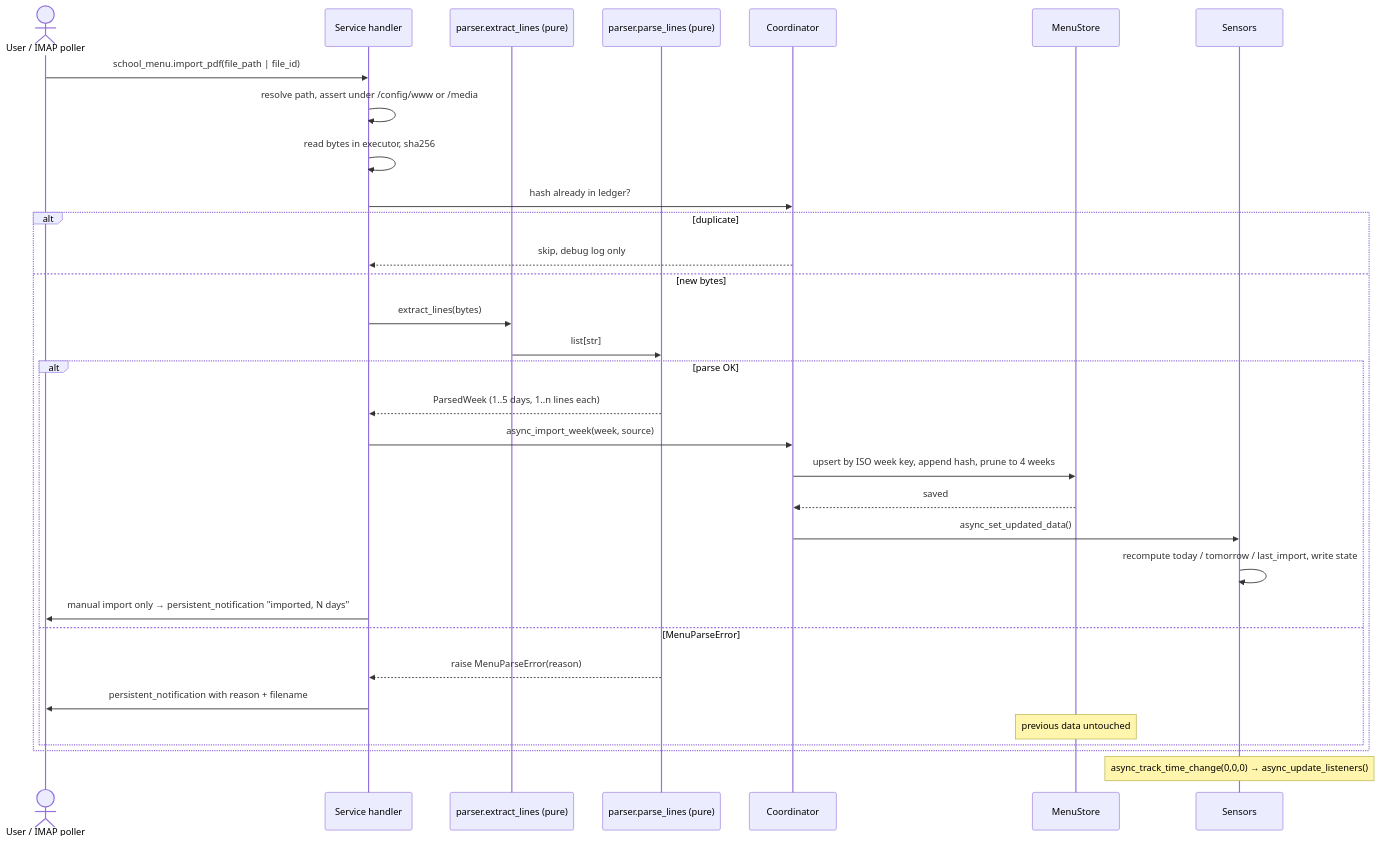
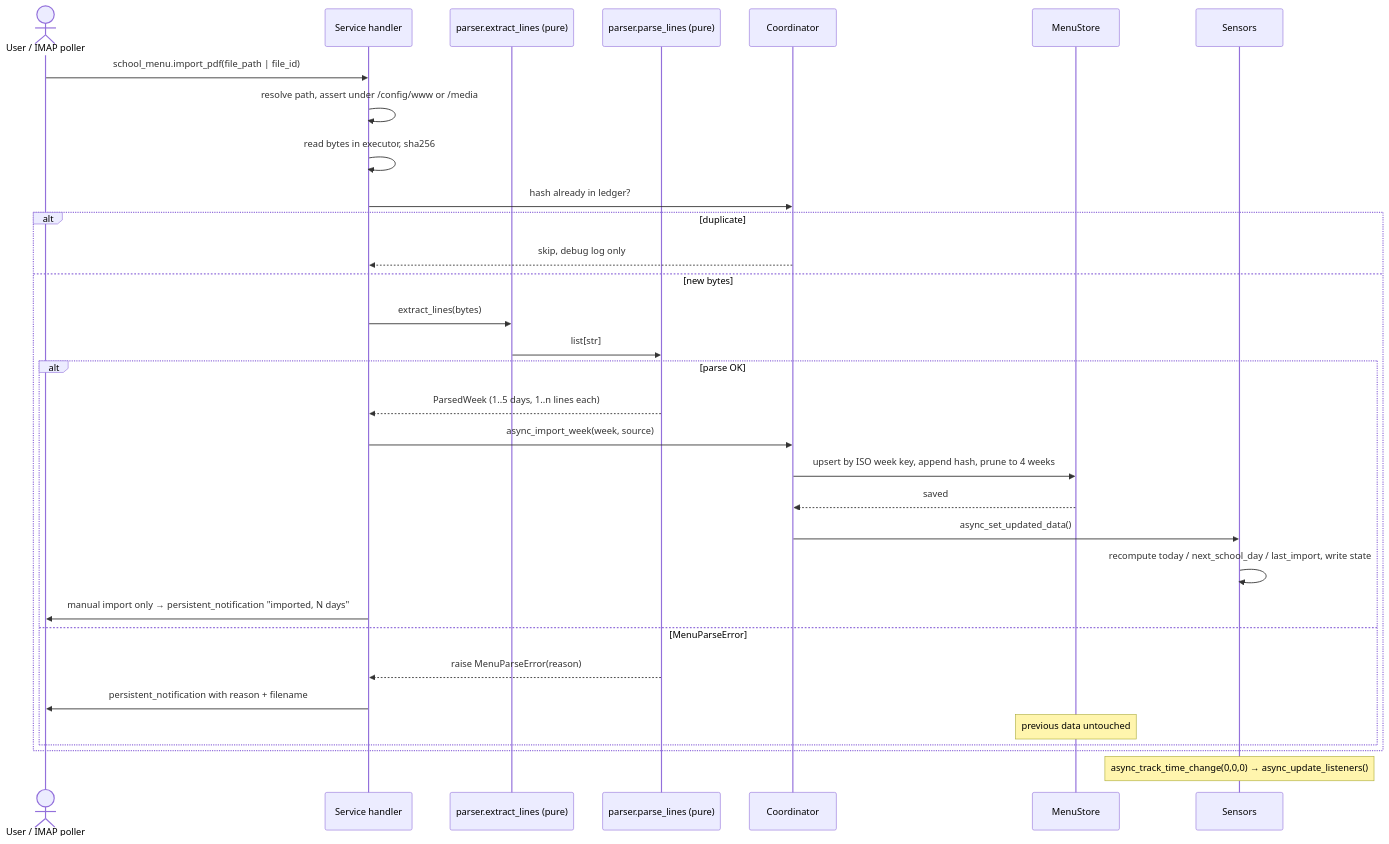
Before and after one commit to helmerj/HA-Speiseplan: the second of 2 diagrams in docs/0002-design.md, drawn with Mermaid. The commit also changed other lines of this file and 12 other files, not shown here.

First line of the commit message:
Rename sensor.school_menu_tomorrow to sensor.school_menu_next_school_day

````diff
--- a/docs/0002-design.md
+++ b/docs/0002-design.md
@@ -93,36 +93,36 @@
 ```mermaid
 sequenceDiagram
     actor U as User / IMAP poller
     participant SV as Service handler
     participant EX as parser.extract_lines (pure)
     participant PA as parser.parse_lines (pure)
     participant CO as Coordinator
     participant ST as MenuStore
     participant SE as Sensors
 
     U->>SV: school_menu.import_pdf(file_path | file_id)
     SV->>SV: resolve path, assert under /config/www or /media
     SV->>SV: read bytes in executor, sha256
     SV->>CO: hash already in ledger?
     alt duplicate
         CO-->>SV: skip, debug log only
     else new bytes
         SV->>EX: extract_lines(bytes)
         EX->>PA: list[str]
         alt parse OK
             PA-->>SV: ParsedWeek (1..5 days, 1..n lines each)
             SV->>CO: async_import_week(week, source)
             CO->>ST: upsert by ISO week key, append hash, prune to 4 weeks
             ST-->>CO: saved
             CO->>SE: async_set_updated_data()
-            SE->>SE: recompute today / tomorrow / last_import, write state
+            SE->>SE: recompute today / next_school_day / last_import, write state
             SV->>U: manual import only → persistent_notification "imported, N days"
         else MenuParseError
             PA-->>SV: raise MenuParseError(reason)
             SV->>U: persistent_notification with reason + filename
             Note over ST: previous data untouched
         end
     end
 
     Note over SE: async_track_time_change(0,0,0) → async_update_listeners()
 ```
````
